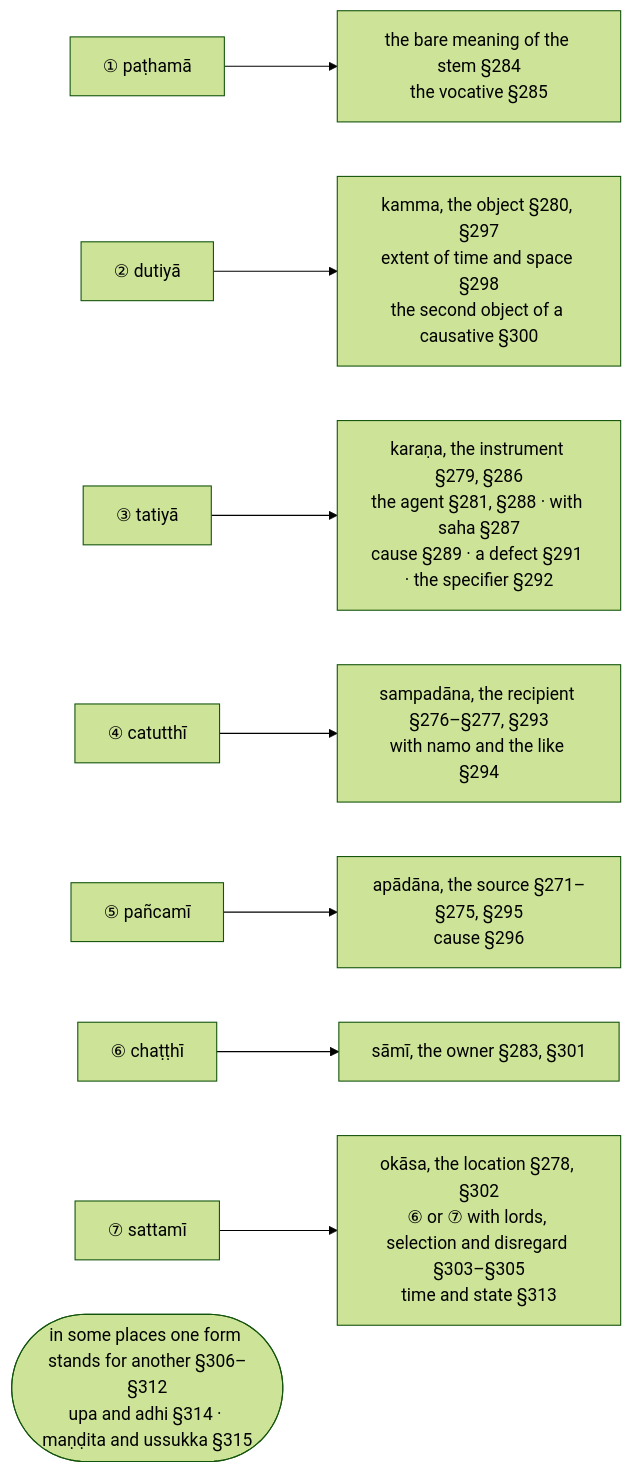
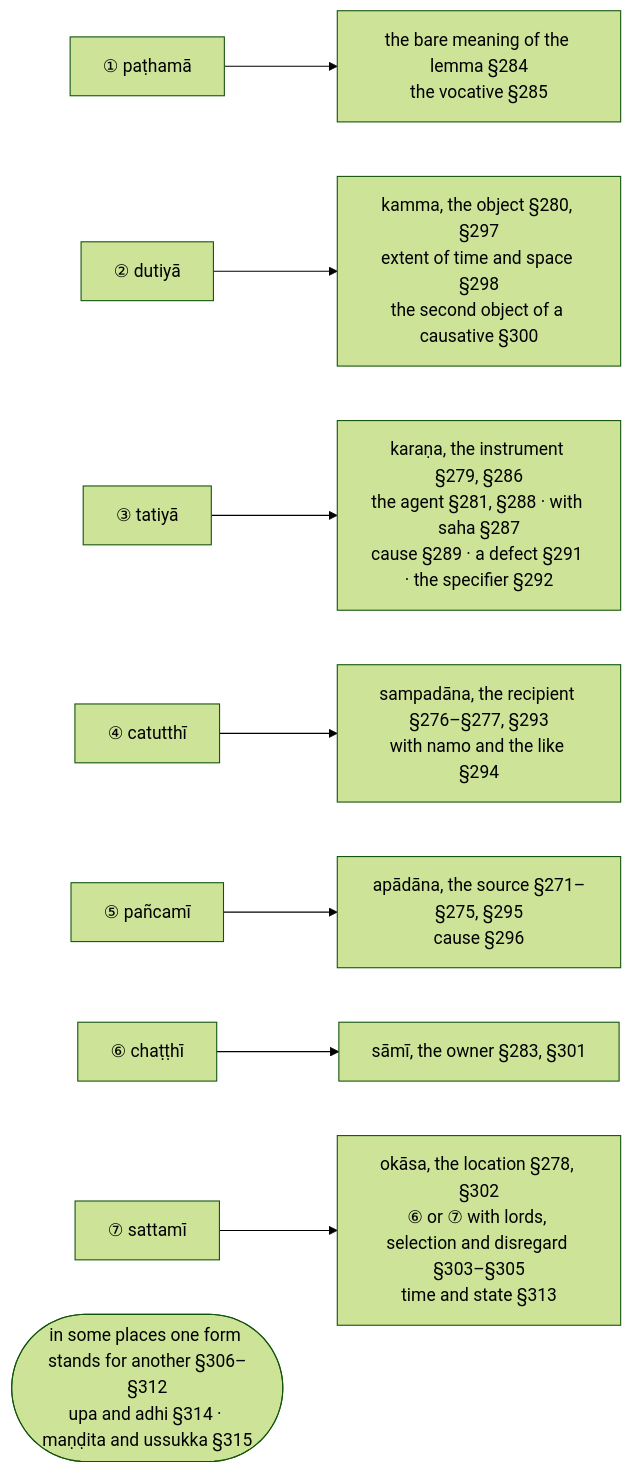
Before and after one commit to kaccayana/kaccayana.github.io: the diagram in src/content/docs/kaccayana/3-karakakappa.mdx, drawn with Mermaid (forest theme). The commit also changed other lines of this file and 16 other files, not shown here.

````diff
--- a/src/content/docs/kaccayana/3-karakakappa.mdx
+++ b/src/content/docs/kaccayana/3-karakakappa.mdx
@@ -20,11 +20,11 @@
 ```mermaid
 flowchart LR
-  P["① paṭhamā"] --> P1["the bare meaning of the stem §284<br/>the vocative §285"]
+  P["① paṭhamā"] --> P1["the bare meaning of the lemma §284<br/>the vocative §285"]
   D["② dutiyā"] --> D1["kamma, the object §280, §297<br/>extent of time and space §298<br/>the second object of a causative §300"]
   T["③ tatiyā"] --> T1["karaṇa, the instrument §279, §286<br/>the agent §281, §288 · with saha §287<br/>cause §289 · a defect §291 · the specifier §292"]
   C["④ catutthī"] --> C1["sampadāna, the recipient §276–§277, §293<br/>with namo and the like §294"]
   Pn["⑤ pañcamī"] --> Pn1["apādāna, the source §271–§275, §295<br/>cause §296"]
   Ch["⑥ chaṭṭhī"] --> Ch1["sāmī, the owner §283, §301"]
   S["⑦ sattamī"] --> S1["okāsa, the location §278, §302<br/>⑥ or ⑦ with lords, selection and disregard §303–§305<br/>time and state §313"]
   X(["in some places one form stands for another §306–§312<br/>upa and adhi §314 · maṇḍita and ussukka §315"])
 ```
````
